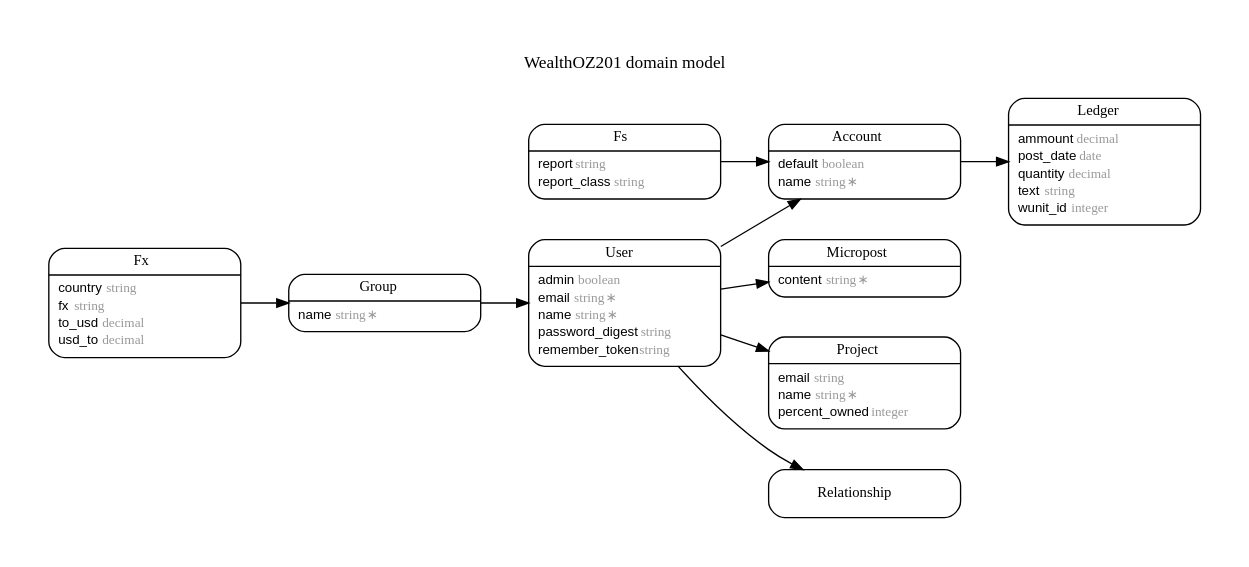
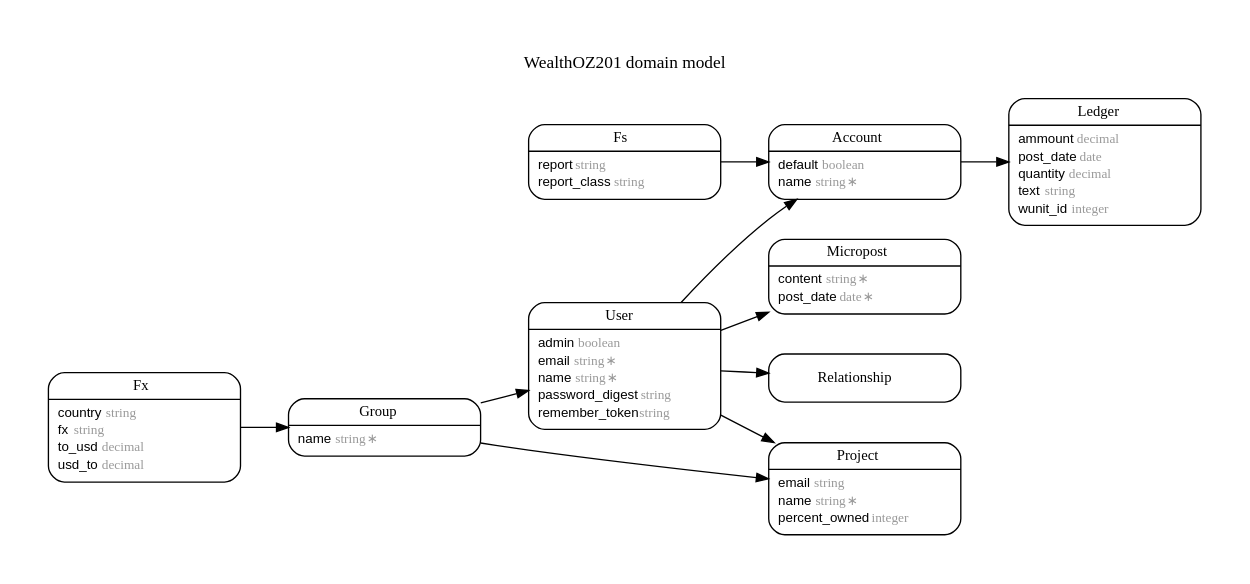
Before and after one commit to wealthoz/wealthoz.com: the diagram in erd.dot, drawn with Graphviz. The commit also changed 21 other files, not shown here.

```diff
--- a/erd.dot
+++ b/erd.dot
@@ -1,106 +1,108 @@
 digraph WealthOZ201 {
 rankdir = "LR";
 ranksep = "0.5";
 nodesep = "0.4";
 pad = "0.4,0.4";
 margin = "0,0";
 concentrate = "true";
 labelloc = "t";
 fontsize = "13";
 fontname = "Arial Bold";
 node[ shape  =  "Mrecord" , fontsize  =  "10" , fontname  =  "Arial" , margin  =  "0.07,0.05" , penwidth  =  "1.0"];
 edge[ fontname  =  "Arial" , fontsize  =  "7" , dir  =  "both" , arrowsize  =  "0.9" , penwidth  =  "1.0" , labelangle  =  "32" , labeldistance  =  "1.8"];
 label = "WealthOZ201 domain model\n\n";
 m_Account [label = <<table border="0" align="center" cellspacing="0.5" cellpadding="0" width="134">
   <tr><td align="center" valign="bottom" width="130"><font face="Arial Bold" point-size="11">Account</font></td></tr>
 </table>
 |
 <table border="0" align="left" cellspacing="2" cellpadding="0" width="134">
   <tr><td align="left" width="130" port="default">default <font face="Arial Italic" color="grey60">boolean</font></td></tr>
   <tr><td align="left" width="130" port="name">name <font face="Arial Italic" color="grey60">string ∗</font></td></tr>
 </table>
 >];
 m_Fs [label = <<table border="0" align="center" cellspacing="0.5" cellpadding="0" width="134">
   <tr><td align="center" valign="bottom" width="130"><font face="Arial Bold" point-size="11">Fs</font></td></tr>
 </table>
 |
 <table border="0" align="left" cellspacing="2" cellpadding="0" width="134">
   <tr><td align="left" width="130" port="report">report <font face="Arial Italic" color="grey60">string</font></td></tr>
   <tr><td align="left" width="130" port="report_class">report_class <font face="Arial Italic" color="grey60">string</font></td></tr>
 </table>
 >];
 m_Fx [label = <<table border="0" align="center" cellspacing="0.5" cellpadding="0" width="134">
   <tr><td align="center" valign="bottom" width="130"><font face="Arial Bold" point-size="11">Fx</font></td></tr>
 </table>
 |
 <table border="0" align="left" cellspacing="2" cellpadding="0" width="134">
   <tr><td align="left" width="130" port="country">country <font face="Arial Italic" color="grey60">string</font></td></tr>
   <tr><td align="left" width="130" port="fx">fx <font face="Arial Italic" color="grey60">string</font></td></tr>
   <tr><td align="left" width="130" port="to_usd">to_usd <font face="Arial Italic" color="grey60">decimal</font></td></tr>
   <tr><td align="left" width="130" port="usd_to">usd_to <font face="Arial Italic" color="grey60">decimal</font></td></tr>
 </table>
 >];
 m_Group [label = <<table border="0" align="center" cellspacing="0.5" cellpadding="0" width="134">
   <tr><td align="center" valign="bottom" width="130"><font face="Arial Bold" point-size="11">Group</font></td></tr>
 </table>
 |
 <table border="0" align="left" cellspacing="2" cellpadding="0" width="134">
   <tr><td align="left" width="130" port="name">name <font face="Arial Italic" color="grey60">string ∗</font></td></tr>
 </table>
 >];
 m_Ledger [label = <<table border="0" align="center" cellspacing="0.5" cellpadding="0" width="134">
   <tr><td align="center" valign="bottom" width="130"><font face="Arial Bold" point-size="11">Ledger</font></td></tr>
 </table>
 |
 <table border="0" align="left" cellspacing="2" cellpadding="0" width="134">
   <tr><td align="left" width="130" port="ammount">ammount <font face="Arial Italic" color="grey60">decimal</font></td></tr>
   <tr><td align="left" width="130" port="post_date">post_date <font face="Arial Italic" color="grey60">date</font></td></tr>
   <tr><td align="left" width="130" port="quantity">quantity <font face="Arial Italic" color="grey60">decimal</font></td></tr>
   <tr><td align="left" width="130" port="text">text <font face="Arial Italic" color="grey60">string</font></td></tr>
   <tr><td align="left" width="130" port="wunit_id">wunit_id <font face="Arial Italic" color="grey60">integer</font></td></tr>
 </table>
 >];
 m_Micropost [label = <<table border="0" align="center" cellspacing="0.5" cellpadding="0" width="134">
   <tr><td align="center" valign="bottom" width="130"><font face="Arial Bold" point-size="11">Micropost</font></td></tr>
 </table>
 |
 <table border="0" align="left" cellspacing="2" cellpadding="0" width="134">
   <tr><td align="left" width="130" port="content">content <font face="Arial Italic" color="grey60">string ∗</font></td></tr>
+  <tr><td align="left" width="130" port="post_date">post_date <font face="Arial Italic" color="grey60">date ∗</font></td></tr>
 </table>
 >];
 m_Project [label = <<table border="0" align="center" cellspacing="0.5" cellpadding="0" width="134">
   <tr><td align="center" valign="bottom" width="130"><font face="Arial Bold" point-size="11">Project</font></td></tr>
 </table>
 |
 <table border="0" align="left" cellspacing="2" cellpadding="0" width="134">
   <tr><td align="left" width="130" port="email">email <font face="Arial Italic" color="grey60">string</font></td></tr>
   <tr><td align="left" width="130" port="name">name <font face="Arial Italic" color="grey60">string ∗</font></td></tr>
   <tr><td align="left" width="130" port="percent_owned">percent_owned <font face="Arial Italic" color="grey60">integer</font></td></tr>
 </table>
 >];
 m_Relationship [label = <<table border="0" align="center" cellspacing="0.5" cellpadding="0" width="134">
   <tr><td align="center" valign="bottom" width="130"><font face="Arial Bold" point-size="11">Relationship</font></td></tr>
 </table>
 >];
 m_User [label = <<table border="0" align="center" cellspacing="0.5" cellpadding="0" width="134">
   <tr><td align="center" valign="bottom" width="130"><font face="Arial Bold" point-size="11">User</font></td></tr>
 </table>
 |
 <table border="0" align="left" cellspacing="2" cellpadding="0" width="134">
   <tr><td align="left" width="130" port="admin">admin <font face="Arial Italic" color="grey60">boolean</font></td></tr>
   <tr><td align="left" width="130" port="email">email <font face="Arial Italic" color="grey60">string ∗</font></td></tr>
   <tr><td align="left" width="130" port="name">name <font face="Arial Italic" color="grey60">string ∗</font></td></tr>
   <tr><td align="left" width="130" port="password_digest">password_digest <font face="Arial Italic" color="grey60">string</font></td></tr>
   <tr><td align="left" width="130" port="remember_token">remember_token <font face="Arial Italic" color="grey60">string</font></td></tr>
 </table>
 >];
   m_User -> m_Account [arrowhead = "normal", arrowtail = "none", weight = "2"];
   m_Fs -> m_Account [arrowhead = "normal", arrowtail = "none", weight = "2"];
   m_Account -> m_Ledger [arrowhead = "normal", arrowtail = "none", weight = "2"];
   m_Fx -> m_Group [arrowhead = "normal", arrowtail = "none", weight = "2"];
   m_Group -> m_User [arrowhead = "normal", arrowtail = "none", weight = "2"];
+  m_Group -> m_Project [arrowhead = "normal", arrowtail = "none", weight = "2"];
   m_User -> m_Micropost [arrowhead = "normal", arrowtail = "none", weight = "2"];
   m_User -> m_Project [arrowhead = "normal", arrowtail = "none", weight = "2"];
   m_User -> m_Relationship [arrowhead = "normal", arrowtail = "none", weight = "1"];
   m_User -> m_Relationship [arrowhead = "normal", arrowtail = "none", weight = "1"];
 }
```
